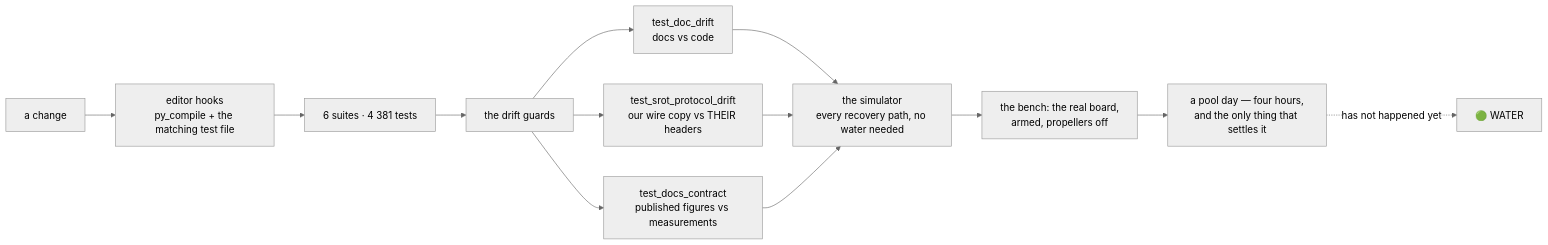
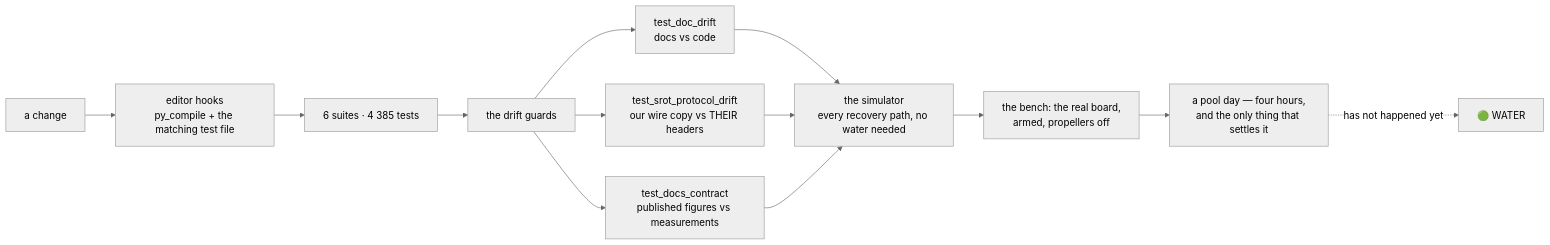
Before and after one commit to fh1m/mongla_ws: the ninth of 10 diagrams in README.md, drawn with Mermaid (neutral theme). The commit also changed other lines of this file and 8 other files, not shown here.

````diff
--- a/README.md
+++ b/README.md
@@ -752,15 +752,15 @@
 ```mermaid
 flowchart LR
     DEV["a change"] --> HOOK["editor hooks<br/>py_compile + the matching test file"]
-    HOOK --> UNIT["6 suites · 4 381 tests"]
+    HOOK --> UNIT["6 suites · 4 385 tests"]
     UNIT --> GUARD["the drift guards"]
     GUARD --> G1["test_doc_drift<br/>docs vs code"]
     GUARD --> G2["test_srot_protocol_drift<br/>our wire copy vs THEIR headers"]
     GUARD --> G3["test_docs_contract<br/>published figures vs measurements"]
     G1 --> SIM["the simulator<br/>every recovery path, no water needed"]
     G2 --> SIM
     G3 --> SIM
     SIM --> BENCH["the bench: the real board,<br/>armed, propellers off"]
     BENCH --> POOL["a pool day — four hours,<br/>and the only thing that settles it"]
     POOL -.->|"has not happened yet"| WATER["🟢 WATER"]
 ```
````
